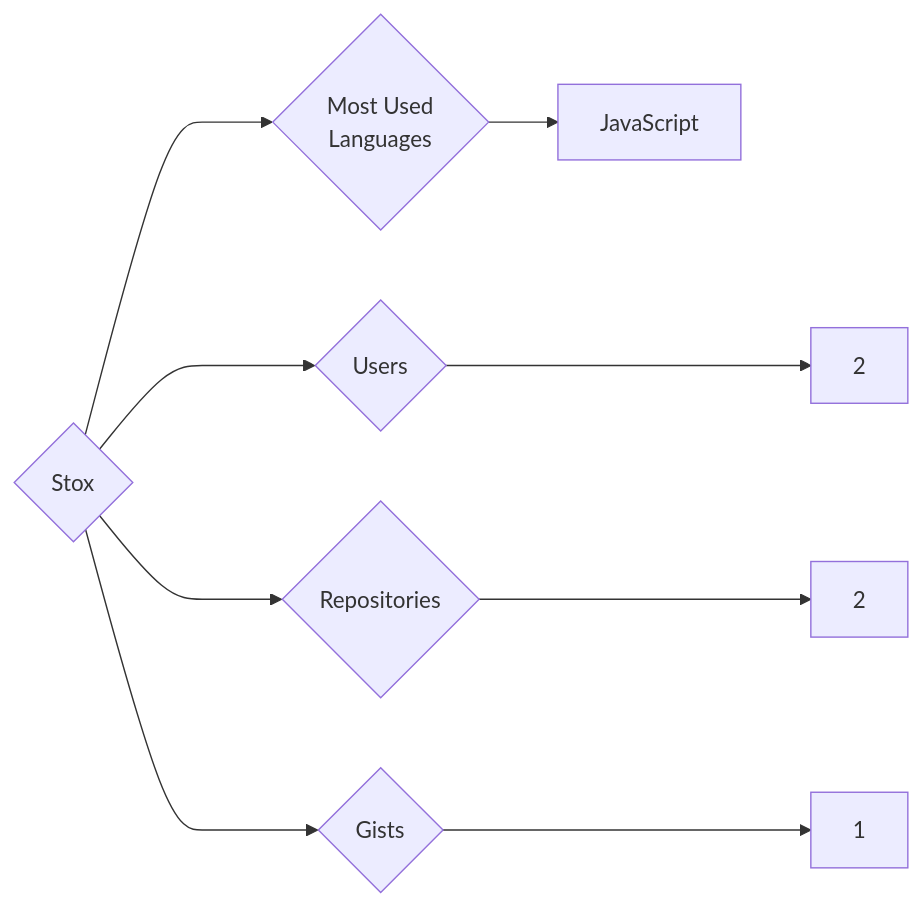
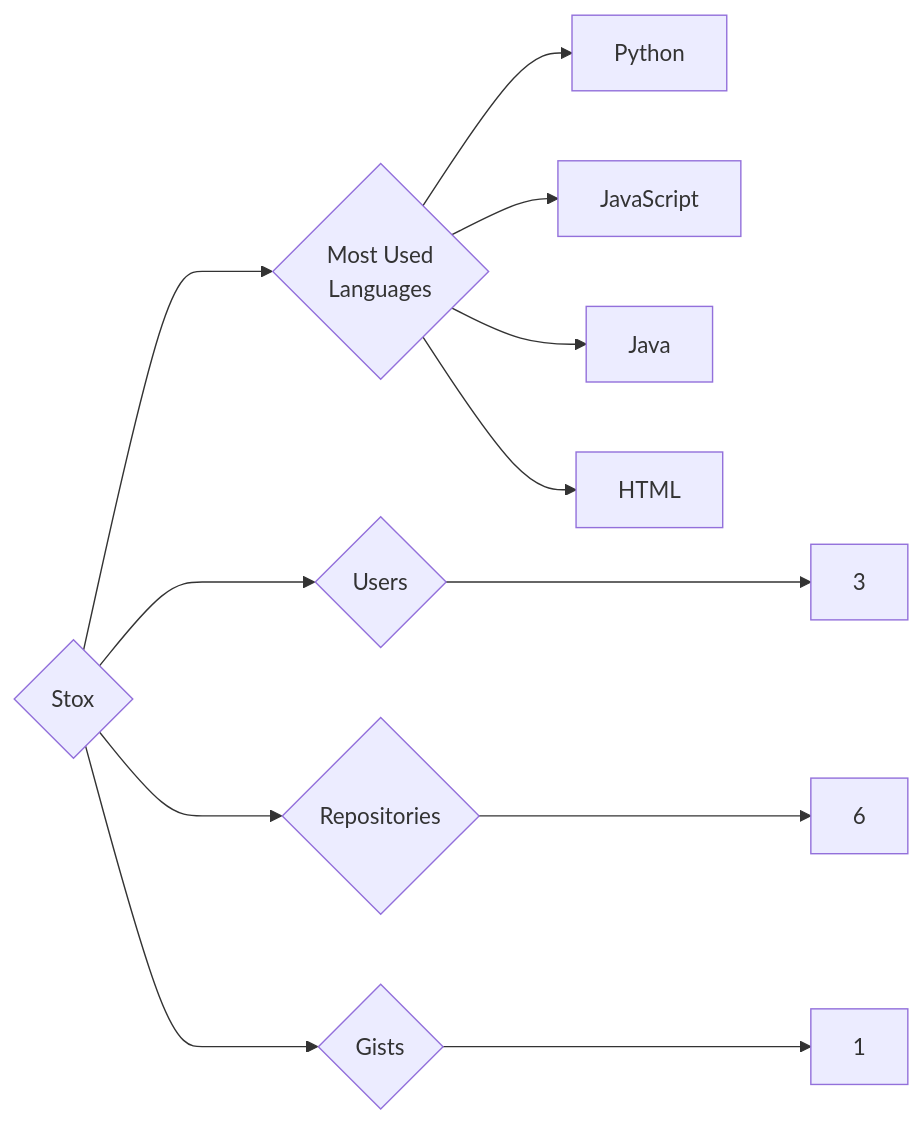
One commit to trickest/insiders changed the diagram in targets/Stox/README.md. Above: the diagram before and after it, drawn with Mermaid. The commit also changed 765 other files, not shown here.

````diff
--- a/targets/Stox/README.md
+++ b/targets/Stox/README.md
@@ -3,9 +3,12 @@
 ```mermaid
 graph LR
 COMPANY_NAME{Stox}
-COMPANY_NAME ---> U{Users} ---> UN[2]
-COMPANY_NAME ---> R{Repositories} ---> RN[2]
+COMPANY_NAME ---> U{Users} ---> UN[3]
+COMPANY_NAME ---> R{Repositories} ---> RN[6]
 COMPANY_NAME ---> G{Gists} ---> GN[1]
 COMPANY_NAME ---> ML{Most Used<br>Languages}
+ML --> Python[Python]
 ML --> JavaScript[JavaScript]
+ML --> Java[Java]
+ML --> HTML[HTML]
 ```
````
